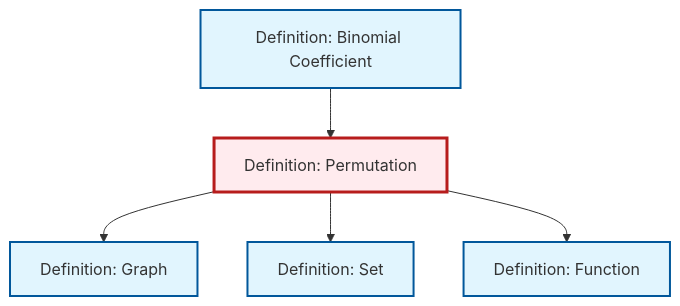
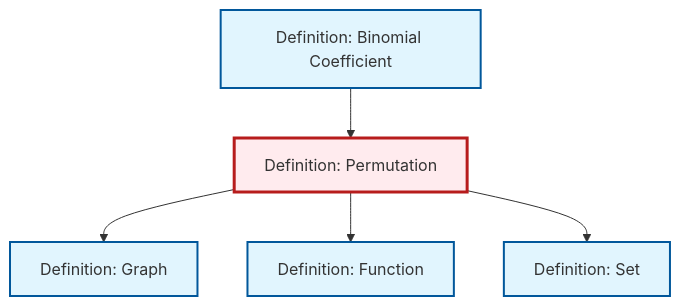
One commit to RK0429/ModernMath changed the diagram in content/en/combinatorics/def-permutation.qmd. Above: the diagram before and after it, drawn with Mermaid. The commit also changed other lines of this file and 654 other files, not shown here.

````diff
--- a/content/en/combinatorics/def-permutation.qmd
+++ b/content/en/combinatorics/def-permutation.qmd
@@ -53,23 +53,23 @@
 ```{mermaid}
 %%| fig-cap: "Local dependency graph"
 graph TD
     classDef definition fill:#e1f5fe,stroke:#01579b,stroke-width:2px
     classDef theorem fill:#f3e5f5,stroke:#4a148c,stroke-width:2px
     classDef axiom fill:#fff3e0,stroke:#e65100,stroke-width:2px
     classDef example fill:#e8f5e9,stroke:#1b5e20,stroke-width:2px
     classDef current fill:#ffebee,stroke:#b71c1c,stroke-width:3px
+    def-set["Definition: Set"]:::definition
+    def-binomial-coefficient["Definition: Binomial Coefficient"]:::definition
+    def-graph["Definition: Graph"]:::definition
     def-permutation["Definition: Permutation"]:::definition
-    def-binomial-coefficient["Definition: Binomial Coefficient"]:::definition
     def-function["Definition: Function"]:::definition
-    def-set["Definition: Set"]:::definition
-    def-graph["Definition: Graph"]:::definition
     def-binomial-coefficient --> def-permutation
     def-permutation --> def-graph
+    def-permutation --> def-function
     def-permutation --> def-set
-    def-permutation --> def-function
     class def-permutation current
+    click def-set "def-set.html" "Go to Set definition"
     click def-binomial-coefficient "def-binomial-coefficient.html" "Go to Binomial Coefficient definition"
+    click def-graph "def-graph.html" "Go to Graph definition"
     click def-function "def-function.html" "Go to Function definition"
-    click def-set "def-set.html" "Go to Set definition"
-    click def-graph "def-graph.html" "Go to Graph definition"
 ```
````
